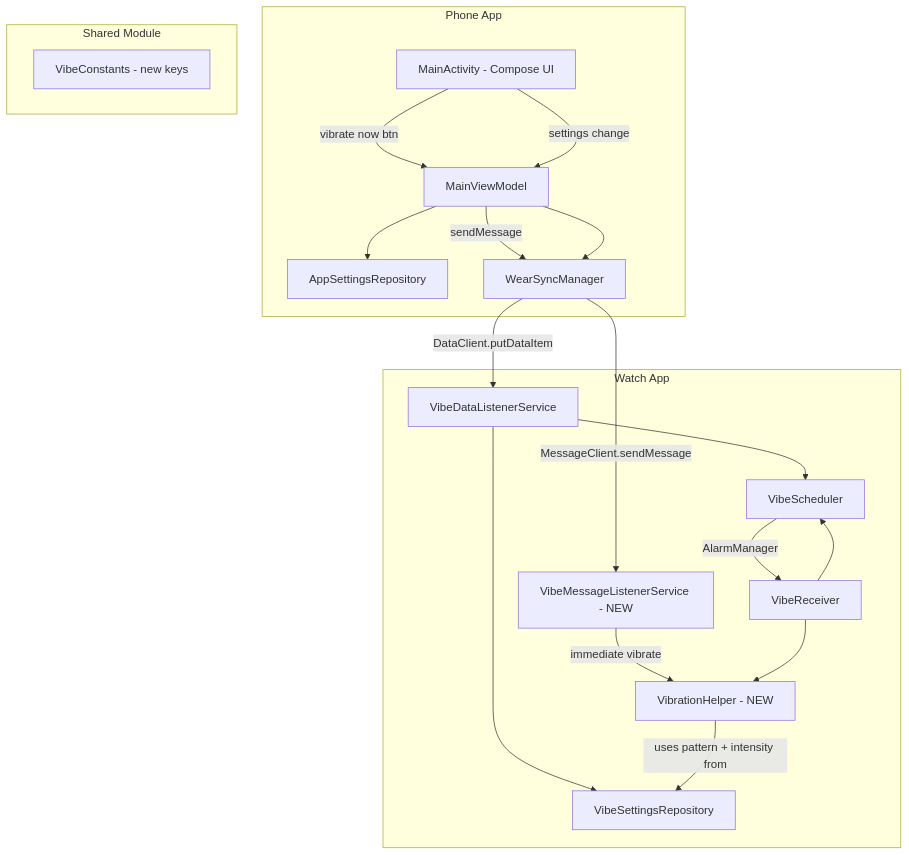
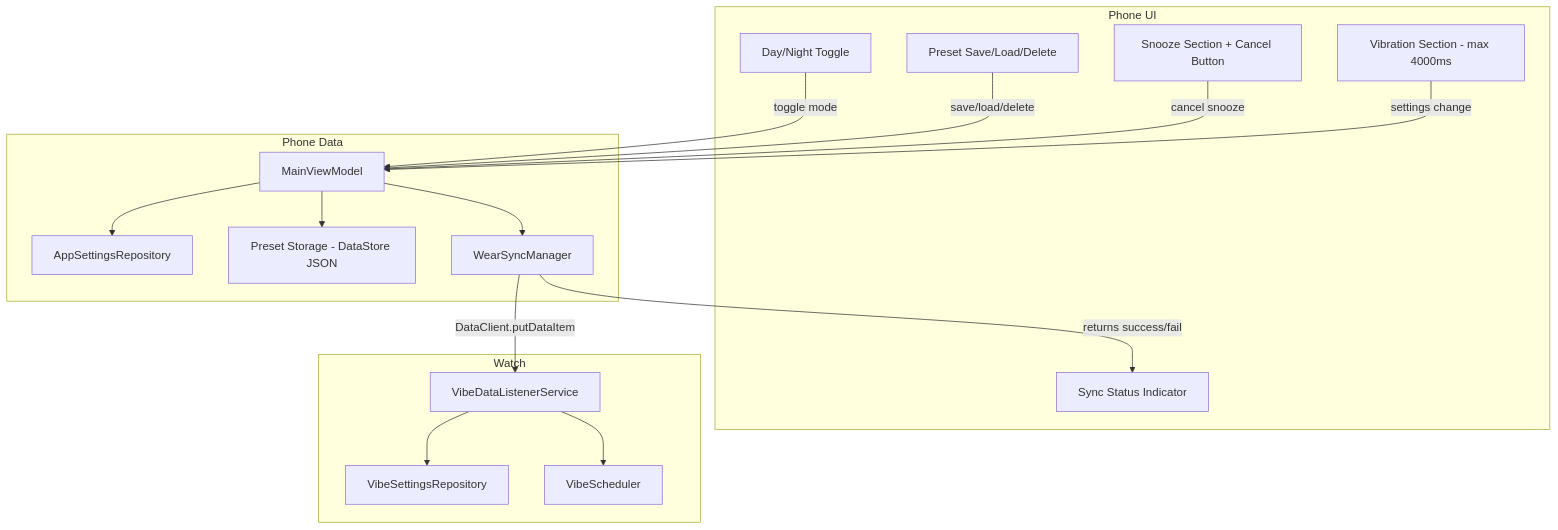
Before and after one commit to tjthejuggler/VILD: the diagram in plans/new-features-plan.md, drawn with Mermaid. The commit also changed other lines of this file and 264 other files, not shown here.

Commit message:
night and day mode added, savable setings

````diff
--- a/plans/new-features-plan.md
+++ b/plans/new-features-plan.md
@@ -44,38 +94,37 @@
 ```mermaid
 graph TD
-    subgraph Phone App
-        UI[MainActivity - Compose UI]
+    subgraph Phone UI
+        DayNight[Day/Night Toggle]
+        PresetUI[Preset Save/Load/Delete]
+        SyncInd[Sync Status Indicator]
+        SnoozeUI[Snooze Section + Cancel Button]
+        VibUI[Vibration Section - max 4000ms]
+    end
+
+    subgraph Phone Data
         VM[MainViewModel]
         Repo[AppSettingsRepository]
+        PresetStore[Preset Storage - DataStore JSON]
         Sync[WearSyncManager]
     end
 
-    subgraph Shared Module
-        Const[VibeConstants - new keys]
+    subgraph Watch
+        Listener[VibeDataListenerService]
+        WRepo[VibeSettingsRepository]
+        Sched[VibeScheduler]
     end
 
-    subgraph Watch App
-        Listener[VibeDataListenerService]
-        MsgListener[VibeMessageListenerService - NEW]
-        WRepo[VibeSettingsRepository]
-        Sched[VibeScheduler]
-        Recv[VibeReceiver]
-        Vib[VibrationHelper - NEW]
-    end
+    DayNight -->|toggle mode| VM
+    PresetUI -->|save/load/delete| VM
+    SnoozeUI -->|cancel snooze| VM
+    VibUI -->|settings change| VM
 
-    UI -->|vibrate now btn| VM
-    VM -->|sendMessage| Sync
-    Sync -->|MessageClient.sendMessage| MsgListener
-    MsgListener -->|immediate vibrate| Vib
-
-    UI -->|settings change| VM
     VM --> Repo
+    VM --> PresetStore
     VM --> Sync
     Sync -->|DataClient.putDataItem| Listener
+    Sync -->|returns success/fail| SyncInd
+
     Listener --> WRepo
     Listener --> Sched
-    Sched -->|AlarmManager| Recv
-    Recv --> Vib
-    Recv --> Sched
-    Vib -->|uses pattern + intensity from| WRepo
 ```
````
